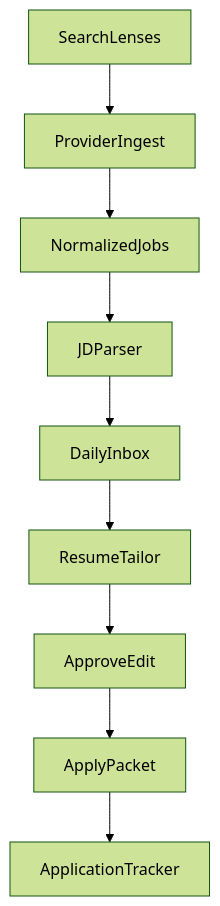
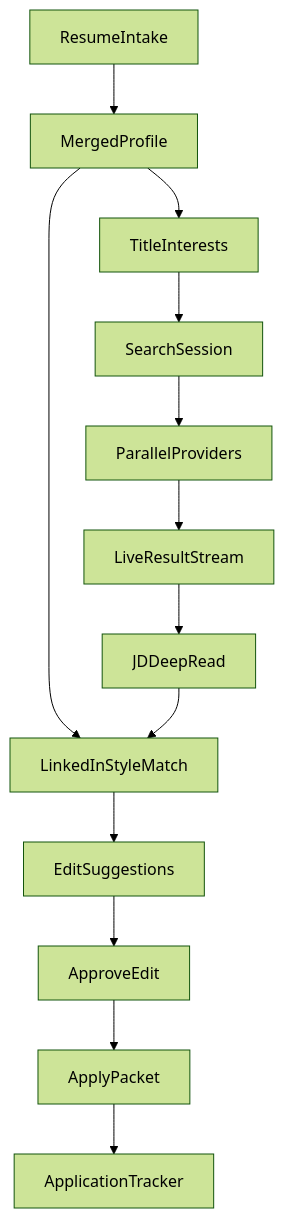
Before and after one commit to nhermanhaus-cell/Job-Search-Bot: the first of 3 diagrams in docs/PLAN.md, drawn with Mermaid (forest theme). The commit also changed other lines of this file and 1 other file, not shown here.

First line of the commit message:
Revise plan: wide sources, live ingest, resume intake

````diff
--- a/docs/PLAN.md
+++ b/docs/PLAN.md
@@ -30,21 +22,28 @@
 ```mermaid
 flowchart TD
-  lenses[SearchLenses]
-  ingest[ProviderIngest]
-  jobs[NormalizedJobs]
-  parse[JDParser]
-  inbox[DailyInbox]
-  tailor[ResumeTailor]
+  upload[ResumeIntake]
+  profile[MergedProfile]
+  titles[TitleInterests]
+  search[SearchSession]
+  sources[ParallelProviders]
+  stream[LiveResultStream]
+  jd[JDDeepRead]
+  match[LinkedInStyleMatch]
+  suggest[EditSuggestions]
   review[ApproveEdit]
   apply[ApplyPacket]
   track[ApplicationTracker]
 
-  lenses --> ingest
-  ingest --> jobs
-  jobs --> parse
-  parse --> inbox
-  inbox --> tailor
-  tailor --> review
+  upload --> profile
+  profile --> titles
+  titles --> search
+  search --> sources
+  sources --> stream
+  stream --> jd
+  profile --> match
+  jd --> match
+  match --> suggest
+  suggest --> review
   review --> apply
   apply --> track
 ```
````
